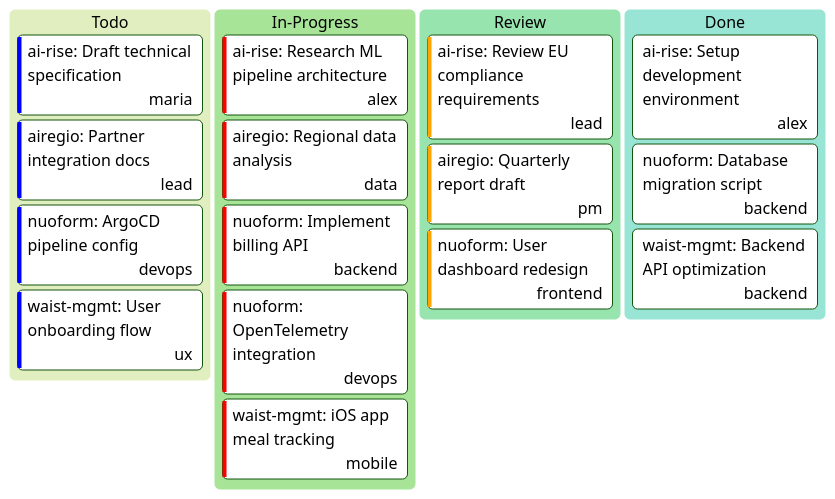
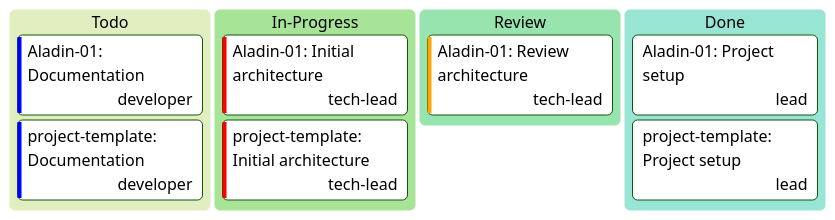
One commit to Katty-Fashion/kf-cpto changed the diagram in docs/unified-kanban.md. Above: the diagram before and after it, drawn with Mermaid (forest theme). The commit also changed other lines of this file and 5 other files, not shown here.

````diff
--- a/docs/unified-kanban.md
+++ b/docs/unified-kanban.md
@@ -15,22 +15,14 @@
 ```mermaid
 kanban
   Todo
-    task2[ai-rise: Draft technical specification]@{ priority: 'Low', assigned: 'maria' }
-    task6[airegio: Partner integration docs]@{ priority: 'Low', assigned: 'lead' }
-    task9[nuoform: ArgoCD pipeline config]@{ priority: 'Low', assigned: 'devops' }
-    task15[waist-mgmt: User onboarding flow]@{ priority: 'Low', assigned: 'ux' }
+    task4[Aladin-01: Documentation]@{ priority: 'Low', assigned: 'developer' }
+    task7[project-template: Documentation]@{ priority: 'Low', assigned: 'developer' }
   In-Progress
-    task1[ai-rise: Research ML pipeline architecture]@{ priority: 'Very High', assigned: 'alex' }
-    task5[airegio: Regional data analysis]@{ priority: 'Very High', assigned: 'data' }
-    task8[nuoform: Implement billing API]@{ priority: 'Very High', assigned: 'backend' }
-    task10[nuoform: OpenTelemetry integration]@{ priority: 'Very High', assigned: 'devops' }
-    task13[waist-mgmt: iOS app meal tracking]@{ priority: 'Very High', assigned: 'mobile' }
+    task2[Aladin-01: Initial architecture]@{ priority: 'Very High', assigned: 'tech-lead' }
+    task6[project-template: Initial architecture]@{ priority: 'Very High', assigned: 'tech-lead' }
   Review
-    task4[ai-rise: Review EU compliance requirements]@{ priority: 'High', assigned: 'lead' }
-    task7[airegio: Quarterly report draft]@{ priority: 'High', assigned: 'pm' }
-    task11[nuoform: User dashboard redesign]@{ priority: 'High', assigned: 'frontend' }
+    task3[Aladin-01: Review architecture]@{ priority: 'High', assigned: 'tech-lead' }
   Done
-    task3[ai-rise: Setup development environment]@{ assigned: 'alex' }
-    task12[nuoform: Database migration script]@{ assigned: 'backend' }
-    task14[waist-mgmt: Backend API optimization]@{ assigned: 'backend' }
+    task1[Aladin-01: Project setup]@{ assigned: 'lead' }
+    task5[project-template: Project setup]@{ assigned: 'lead' }
 ```
````
